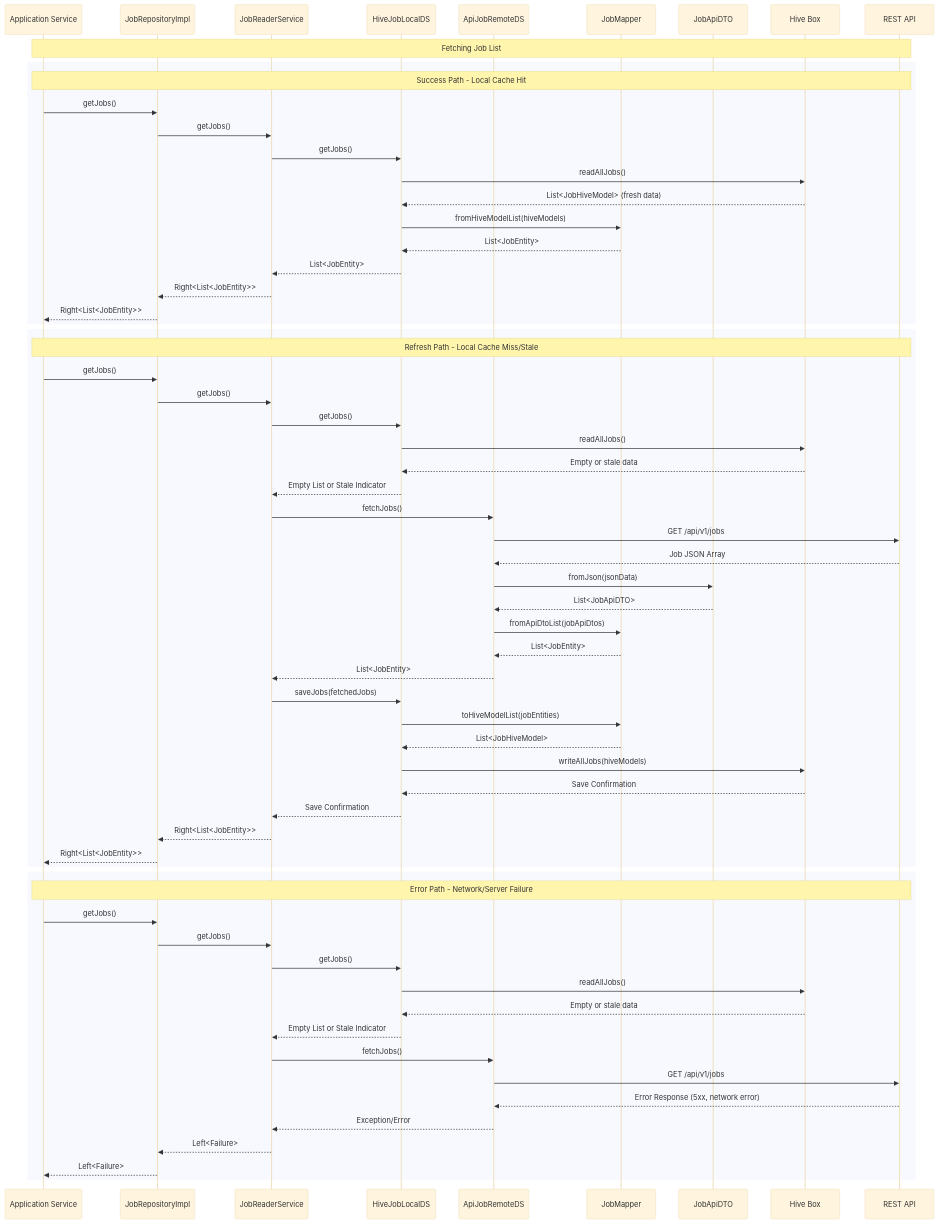
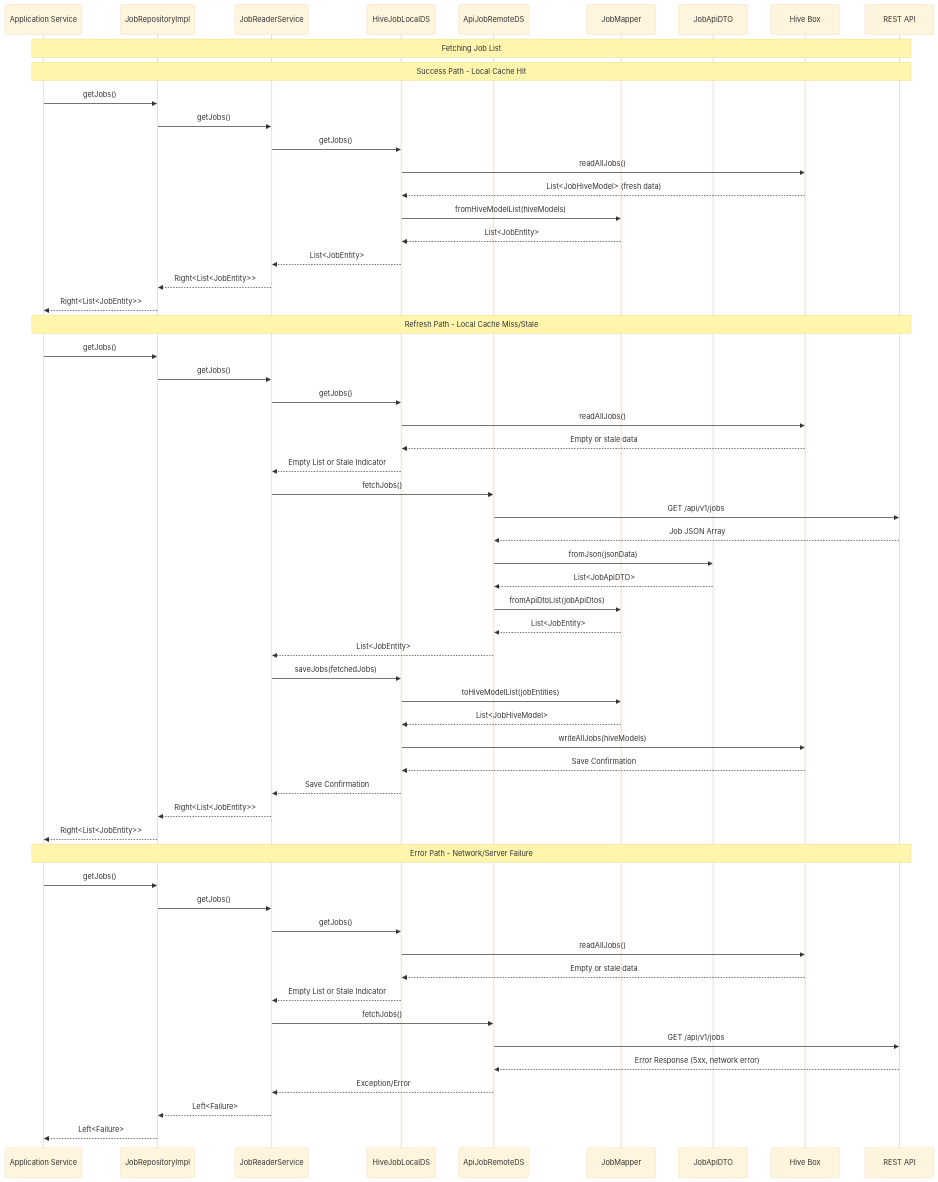
One commit to MediScribe/docjet-mobile changed the second of 15 diagrams in docs/fresh-start/job_dataflow.md. Above: the diagram before and after it, drawn with Mermaid (base theme). The commit also changed other lines of this file and 1 other file, not shown here.

First line of the commit message:
Fix diagram visibility and add TOC to Job Dataflow doc

````diff
--- a/docs/fresh-start/job_dataflow.md
+++ b/docs/fresh-start/job_dataflow.md
@@ -151,73 +196,67 @@
 ```mermaid
 sequenceDiagram
     participant AppSvc as Application Service
     participant JobRepo as JobRepositoryImpl
     participant ReaderSvc as JobReaderService
     participant LocalDS as HiveJobLocalDS
     participant RemoteDS as ApiJobRemoteDS
     participant Mapper as JobMapper
     participant ApiDTO as JobApiDTO
     participant Hive as Hive Box
     participant API as REST API
 
     Note over AppSvc, API: Fetching Job List
 
     %% Success Path - Local Data
-    rect 
     Note over AppSvc, API: Success Path - Local Cache Hit
     AppSvc->>JobRepo: getJobs()
     JobRepo->>ReaderSvc: getJobs()
     ReaderSvc->>LocalDS: getJobs()
     LocalDS->>Hive: readAllJobs()
     Hive-->>LocalDS: List<JobHiveModel> (fresh data)
     LocalDS->>Mapper: fromHiveModelList(hiveModels)
     Mapper-->>LocalDS: List<JobEntity>
     LocalDS-->>ReaderSvc: List<JobEntity>
     ReaderSvc-->>JobRepo: Right<List<JobEntity>>
     JobRepo-->>AppSvc: Right<List<JobEntity>>
-    end
     
     %% Refresh Path - Remote Fetch
-    rect 
     Note over AppSvc, API: Refresh Path - Local Cache Miss/Stale
     AppSvc->>JobRepo: getJobs()
     JobRepo->>ReaderSvc: getJobs()
     ReaderSvc->>LocalDS: getJobs()
     LocalDS->>Hive: readAllJobs()
     Hive-->>LocalDS: Empty or stale data
     LocalDS-->>ReaderSvc: Empty List or Stale Indicator
     ReaderSvc->>RemoteDS: fetchJobs()
     RemoteDS->>API: GET /api/v1/jobs
     API-->>RemoteDS: Job JSON Array
     RemoteDS->>ApiDTO: fromJson(jsonData)
     ApiDTO-->>RemoteDS: List<JobApiDTO>
     RemoteDS->>Mapper: fromApiDtoList(jobApiDtos)
     Mapper-->>RemoteDS: List<JobEntity>
     RemoteDS-->>ReaderSvc: List<JobEntity>
     ReaderSvc->>LocalDS: saveJobs(fetchedJobs)
     LocalDS->>Mapper: toHiveModelList(jobEntities)
     Mapper-->>LocalDS: List<JobHiveModel>
     LocalDS->>Hive: writeAllJobs(hiveModels)
     Hive-->>LocalDS: Save Confirmation
     LocalDS-->>ReaderSvc: Save Confirmation
     ReaderSvc-->>JobRepo: Right<List<JobEntity>>
     JobRepo-->>AppSvc: Right<List<JobEntity>>
-    end
     
     %% Error Path
-    rect 
     Note over AppSvc, API: Error Path - Network/Server Failure
     AppSvc->>JobRepo: getJobs()
     JobRepo->>ReaderSvc: getJobs()
     ReaderSvc->>LocalDS: getJobs()
     LocalDS->>Hive: readAllJobs()
     Hive-->>LocalDS: Empty or stale data
     LocalDS-->>ReaderSvc: Empty List or Stale Indicator
     ReaderSvc->>RemoteDS: fetchJobs()
     RemoteDS->>API: GET /api/v1/jobs
     API-->>RemoteDS: Error Response (5xx, network error)
     RemoteDS-->>ReaderSvc: Exception/Error
     ReaderSvc-->>JobRepo: Left<Failure>
     JobRepo-->>AppSvc: Left<Failure>
-    end
 ```
````
